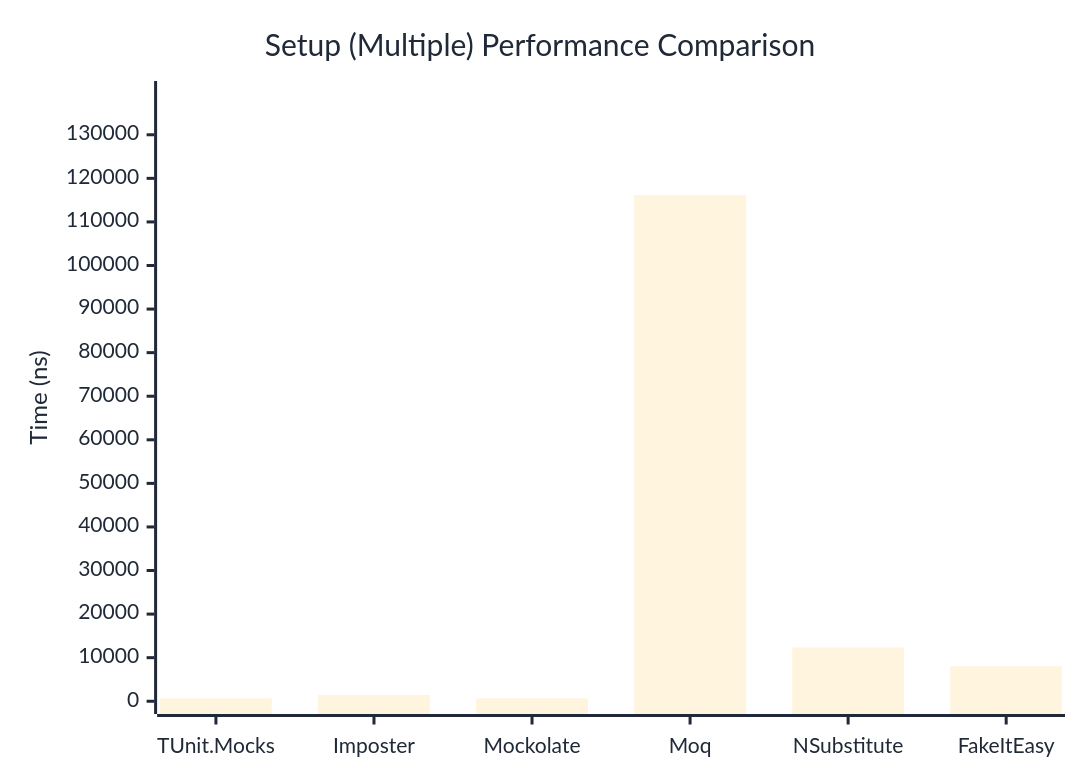
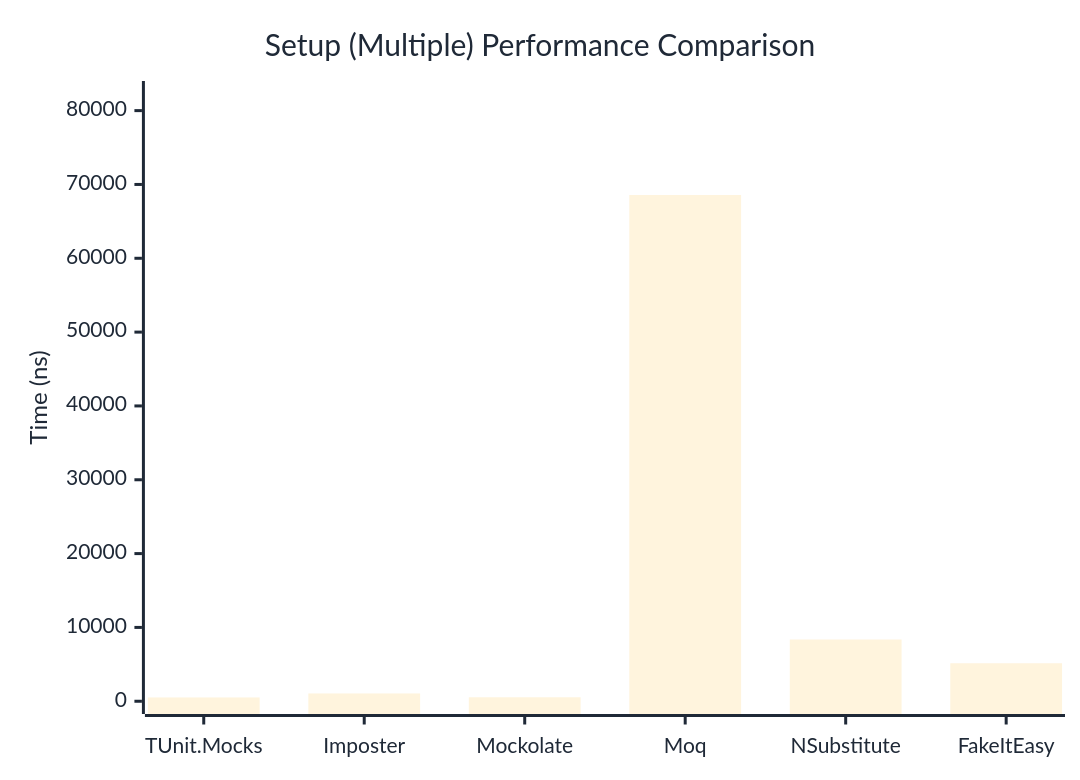
Before and after one commit to weiyilai/TUnit: the second of 2 diagrams in docs/docs/benchmarks/mocks/Setup.md, drawn with Mermaid. The commit also changed other lines of this file and 14 other files, not shown here.

````diff
--- a/docs/docs/benchmarks/mocks/Setup.md
+++ b/docs/docs/benchmarks/mocks/Setup.md
@@ -69,27 +69,27 @@
 ```mermaid
 %%{init: {
   'theme':'base',
   'themeVariables': {
     'primaryColor': '#2563eb',
     'primaryTextColor': '#1f2937',
     'primaryBorderColor': '#1e40af',
     'lineColor': '#6b7280',
     'secondaryColor': '#7c3aed',
     'tertiaryColor': '#dc2626',
     'background': '#ffffff',
     'pie1': '#2563eb',
     'pie2': '#7c3aed',
     'pie3': '#dc2626',
     'pie4': '#f59e0b',
     'pie5': '#10b981',
     'pie6': '#06b6d4',
     'pie7': '#ec4899',
     'pie8': '#6366f1'
   }
 }}%%
 xychart-beta
   title "Setup (Multiple) Performance Comparison"
   x-axis ["TUnit.Mocks", "Imposter", "Mockolate", "Moq", "NSubstitute", "FakeItEasy"]
-  y-axis "Time (ns)" 0 --> 139415
-  bar [643, 1423.6, 658.6, 116178.4, 12327.7, 8025.4]
+  y-axis "Time (ns)" 0 --> 82285
+  bar [514.8, 1056.8, 537.1, 68570.5, 8364.1, 5147.8]
 ```
````
